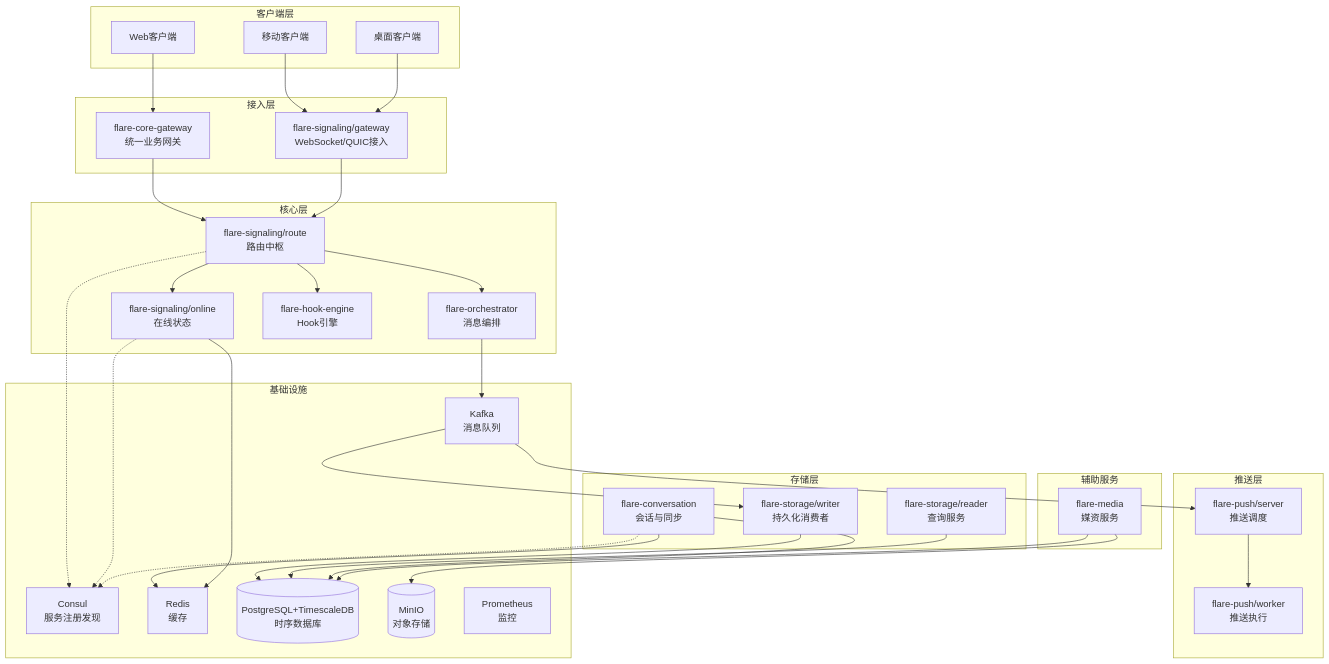
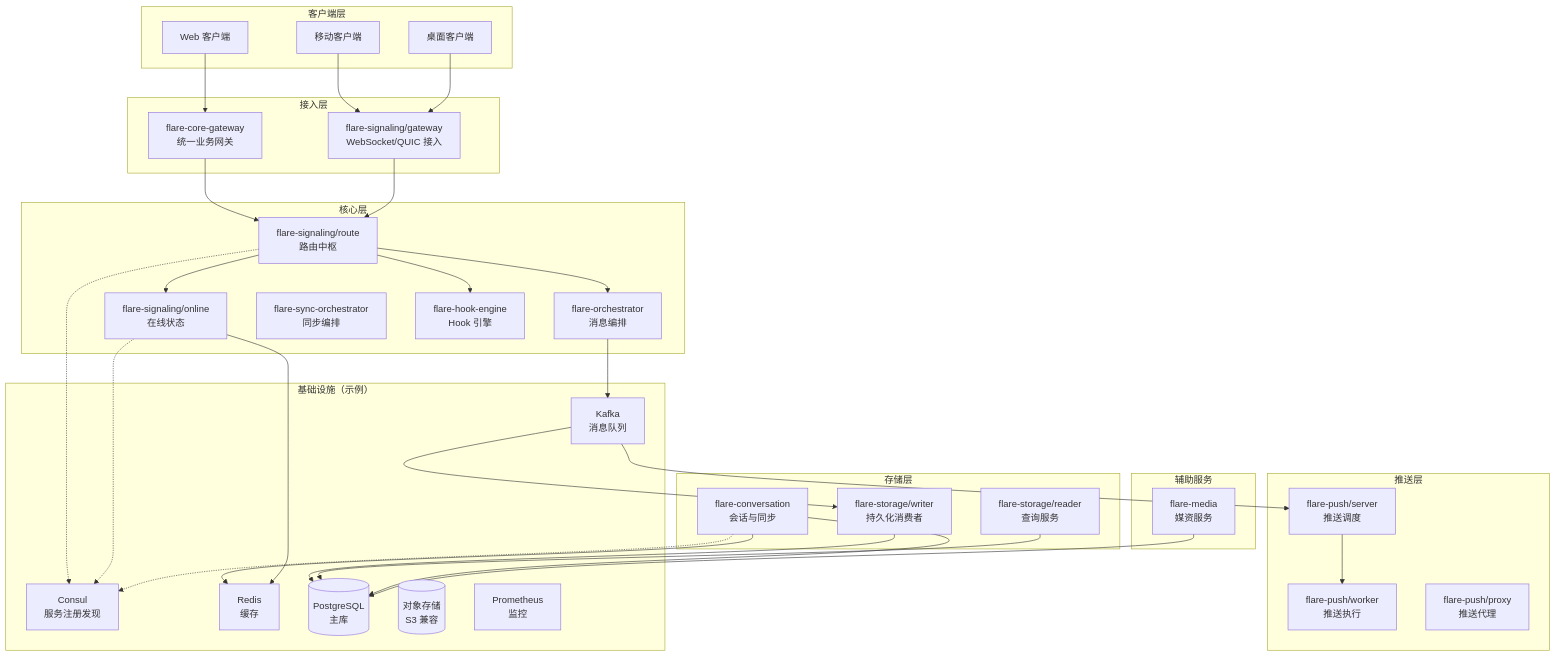
One commit to flare-im/flare-im-core-server changed the diagram in README.md. Above: the diagram before and after it, drawn with Mermaid. The commit also changed other lines of this file, not shown here.

````diff
--- a/README.md
+++ b/README.md
@@ -30,74 +34,75 @@
 ```mermaid
 graph TB
     subgraph "客户端层"
-        Web[Web客户端]
+        Web[Web 客户端]
         Mobile[移动客户端]
         Desktop[桌面客户端]
     end
 
     subgraph "接入层"
         CoreGW[flare-core-gateway<br/>统一业务网关]
-        SignalingGW[flare-signaling/gateway<br/>WebSocket/QUIC接入]
+        SignalingGW[flare-signaling/gateway<br/>WebSocket/QUIC 接入]
     end
 
     subgraph "核心层"
         Route[flare-signaling/route<br/>路由中枢]
         Online[flare-signaling/online<br/>在线状态]
         Orchestrator[flare-orchestrator<br/>消息编排]
-        HookEngine[flare-hook-engine<br/>Hook引擎]
+        SyncOrch[flare-sync-orchestrator<br/>同步编排]
+        HookEngine[flare-hook-engine<br/>Hook 引擎]
     end
 
     subgraph "存储层"
         StorageWriter[flare-storage/writer<br/>持久化消费者]
         StorageReader[flare-storage/reader<br/>查询服务]
         Conversation[flare-conversation<br/>会话与同步]
     end
 
     subgraph "推送层"
         PushServer[flare-push/server<br/>推送调度]
         PushWorker[flare-push/worker<br/>推送执行]
+        PushProxy[flare-push/proxy<br/>推送代理]
     end
 
     subgraph "辅助服务"
         Media[flare-media<br/>媒资服务]
     end
 
-    subgraph "基础设施"
+    subgraph "基础设施（示例）"
         Consul[Consul<br/>服务注册发现]
         Kafka[Kafka<br/>消息队列]
         Redis[Redis<br/>缓存]
-        PostgreSQL[(PostgreSQL+TimescaleDB<br/>时序数据库)]
-        MinIO[(MinIO<br/>对象存储)]
+        PostgreSQL[(PostgreSQL<br/>主库)]
+        MinIO[(对象存储<br/>S3 兼容)]
         Prometheus[Prometheus<br/>监控]
     end
 
     Web --> CoreGW
     Mobile --> SignalingGW
     Desktop --> SignalingGW
 
     CoreGW --> Route
     SignalingGW --> Route
 
     Route --> Online
     Route --> Orchestrator
     Route --> HookEngine
 
     Orchestrator --> Kafka
     Kafka --> StorageWriter
     StorageWriter --> PostgreSQL
     StorageReader --> PostgreSQL
 
     Kafka --> PushServer
     PushServer --> PushWorker
 
     Conversation --> Redis
     Conversation --> PostgreSQL
     Online --> Redis
 
-    Media --> MinIO
     Media --> PostgreSQL
 
     Route -.-> Consul
     Online -.-> Consul
     Conversation -.-> Consul
 ```
````
